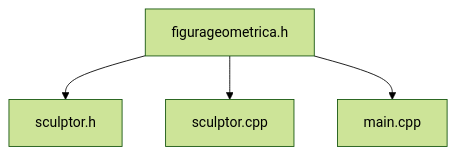
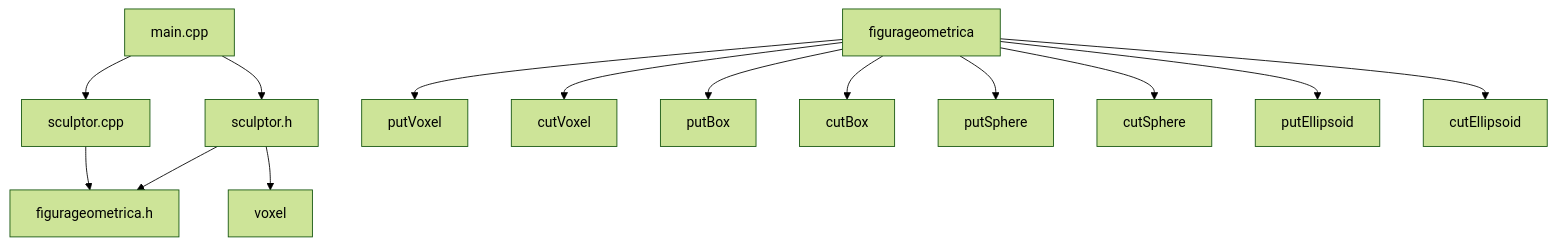
One commit to josefelix11/programacao_avancada changed the diagram in programacaoAvancada/unidade2/parte_02/README.md. Above: the diagram before and after it, drawn with Mermaid (forest theme).

Commit message:
Atualizando Diagrama da classe

````diff
--- a/programacaoAvancada/unidade2/parte_02/README.md
+++ b/programacaoAvancada/unidade2/parte_02/README.md
@@ -28,6 +28,16 @@
  ```mermaid
 graph TD;
-    figurageometrica.h-->sculptor.h;
-    figurageometrica.h-->sculptor.cpp;
-    figurageometrica.h-->main.cpp;
+    main.cpp-->sculptor.h;
+    main.cpp-->sculptor.cpp;
+    sculptor.h-->figurageometrica.h;
+    sculptor.cpp-->figurageometrica.h;
+    sculptor.h-->voxel;
+    figurageometrica-->putVoxel;
+    figurageometrica-->cutVoxel;
+    figurageometrica-->putBox;
+    figurageometrica-->cutBox;
+    figurageometrica-->putSphere;
+    figurageometrica-->cutSphere;
+    figurageometrica-->putEllipsoid;
+    figurageometrica-->cutEllipsoid;
 ```
````
